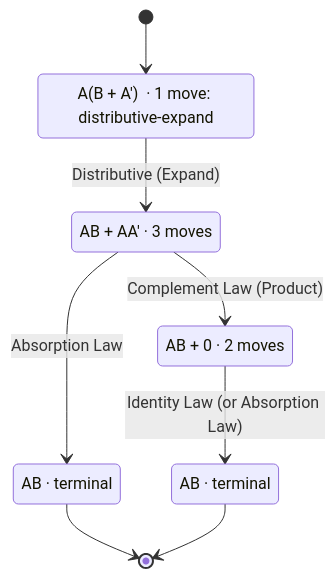
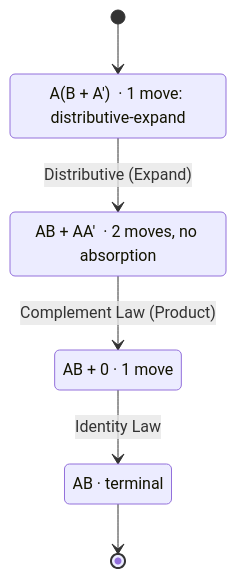
The third of 3 diagrams in docs/05-guides/tutorials/understanding-the-engine.md (Freezeh11/Praxis), drawn with Mermaid before and after one commit. The commit also changed other lines of this file and 6 other files, not shown here.

````diff
--- a/docs/05-guides/tutorials/understanding-the-engine.md
+++ b/docs/05-guides/tutorials/understanding-the-engine.md
@@ -546,15 +543,12 @@
 ```mermaid
 stateDiagram-v2
     [*] --> S0
     S0: A(B + A')  · 1 move: distributive-expand
     S0 --> S1: Distributive (Expand)
-    S1: AB + AA'  · 3 moves
-    S1 --> S2a: Absorption Law
-    S1 --> S2b: Complement Law (Product)
-    S2a: AB  · terminal
-    S2b: AB + 0  · 2 moves
-    S2b --> S3: Identity Law (or Absorption Law)
+    S1: AB + AA'  · 2 moves, no absorption
+    S1 --> S2: Complement Law (Product)
+    S2: AB + 0  · 1 move
+    S2 --> S3: Identity Law
     S3: AB  · terminal
-    S2a --> [*]
     S3 --> [*]
 ```
````
